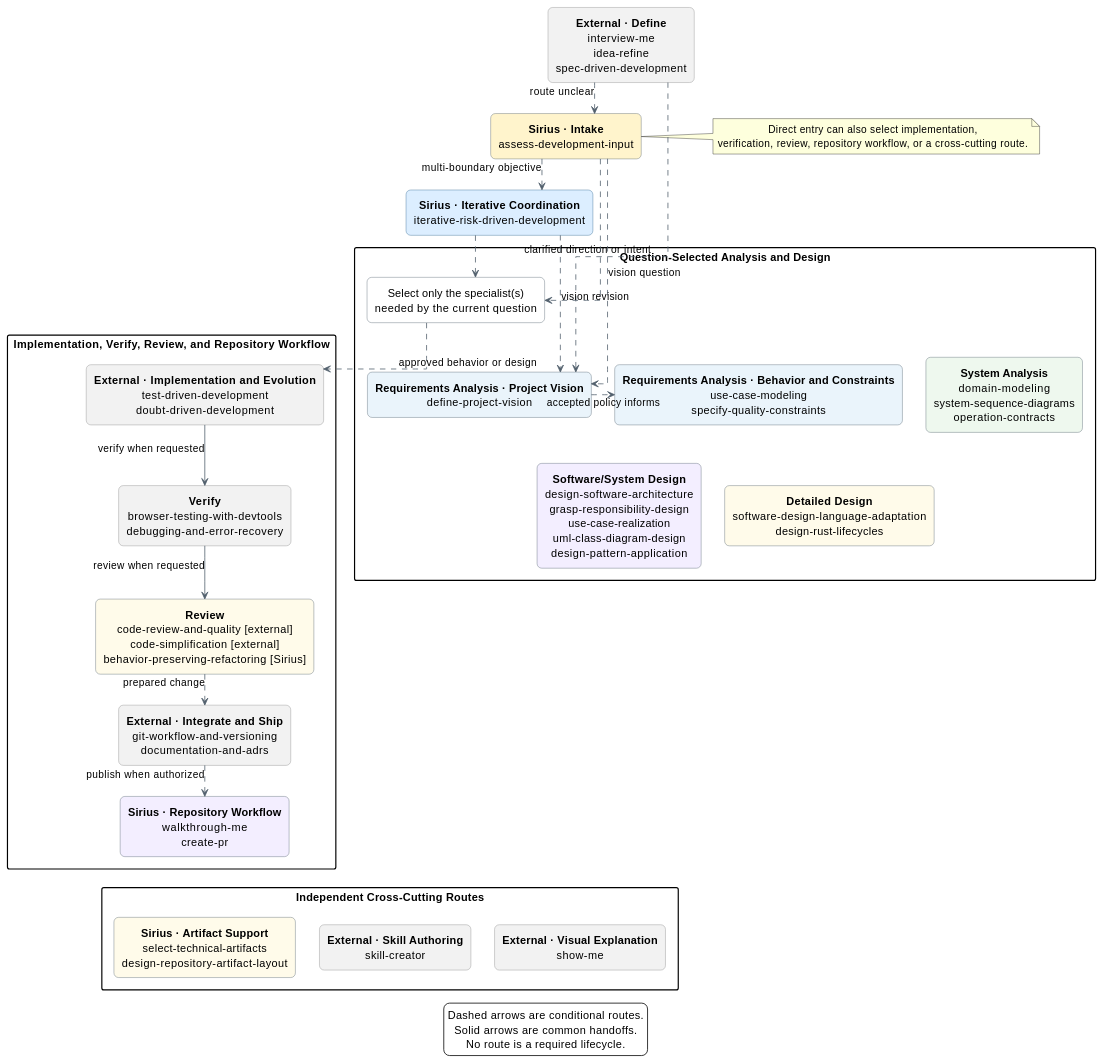
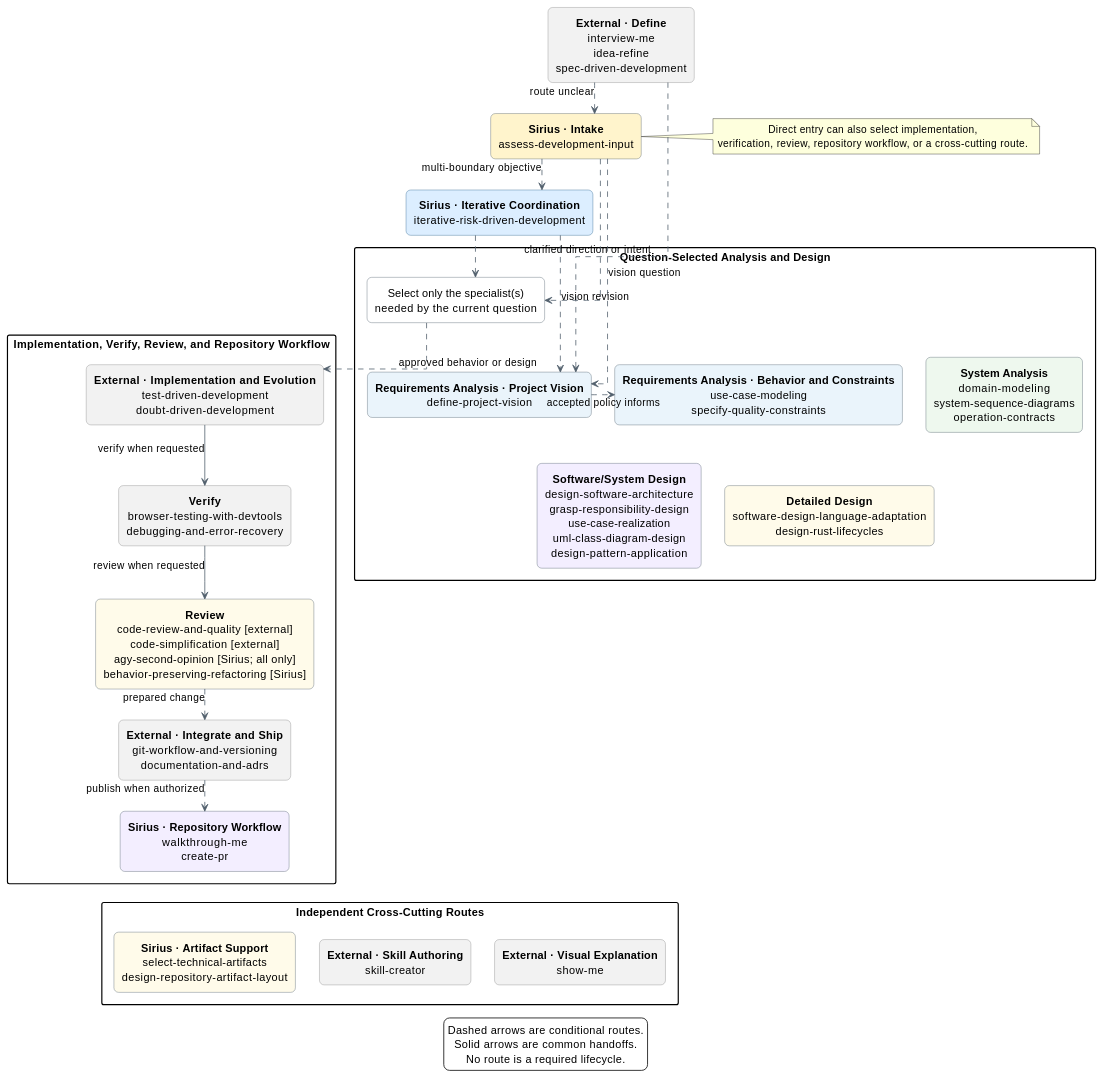
Before and after one commit to sirius-cc-wu/sirius-skills: the first of 4 diagrams in catalog/skill-relationships.md, drawn with PlantUML. The commit also changed other lines of this file and 13 other files, not shown here.

Commit message:
feat: add agy second-opinion skill

```diff
--- a/catalog/skill-relationships.md
+++ b/catalog/skill-relationships.md
@@ -117,6 +117,7 @@
   **Review**
   code-review-and-quality [external]
   code-simplification [external]
+  agy-second-opinion [Sirius; all only]
   behavior-preserving-refactoring [Sirius]
   ]
   rectangle integrate <<external>> [
```
